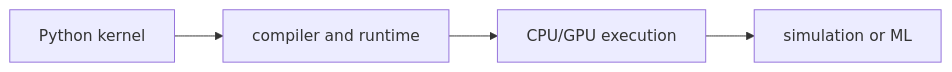
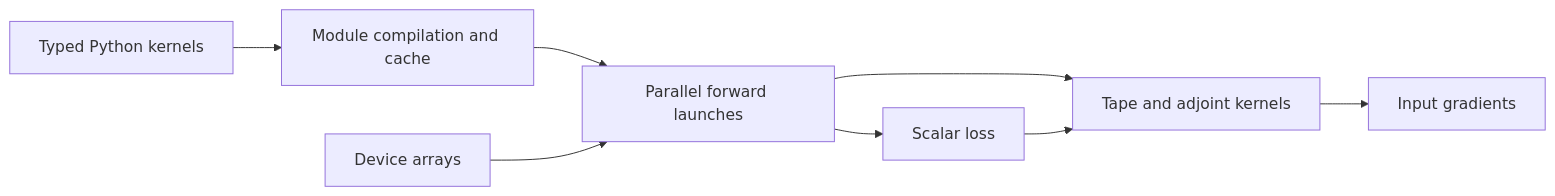
The diagram in docs/en/nvidia-warp.md (james-joobs/awesome-nvidia-physical-ai), drawn with Mermaid before and after one commit. The commit also changed other lines of this file and 187 other files, not shown here.

Commit message:
Expand bilingual guides with official architecture references

````diff
--- a/docs/en/nvidia-warp.md
+++ b/docs/en/nvidia-warp.md
@@ -17,4 +18,17 @@
 ```mermaid
 flowchart LR
-    A["Python kernel"] --> B["compiler and runtime"] --> C["CPU/GPU execution"] --> D["simulation or ML"]
+    p["Typed Python kernels"]
+    c["Module compilation and cache"]
+    a["Device arrays"]
+    k["Parallel forward launches"]
+    loss["Scalar loss"]
+    t["Tape and adjoint kernels"]
+    g["Input gradients"]
+    p --> c
+    c --> k
+    a --> k
+    k --> loss
+    k --> t
+    loss --> t
+    t --> g
 ```
````
